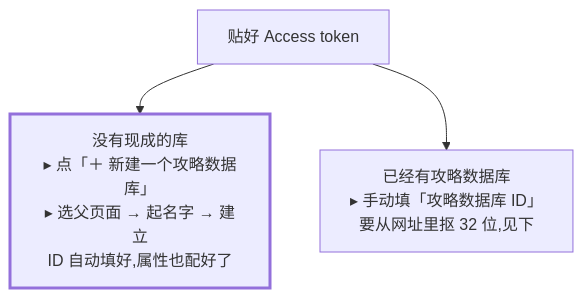
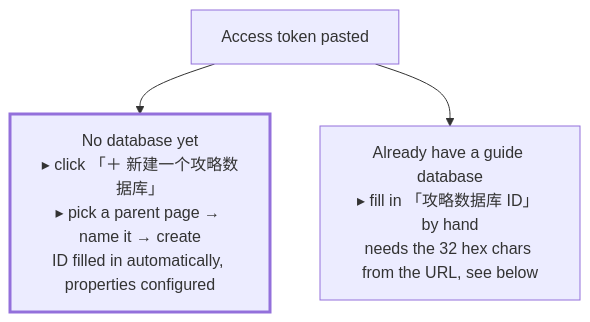
Before and after one commit to LethalKebab/steam-achievement-tracker: the second of 2 diagrams in docs/notion-setup.md, drawn with Mermaid. The commit also changed other lines of this file and 4 other files, not shown here.

````diff
--- a/docs/notion-setup.md
+++ b/docs/notion-setup.md
@@ -70,6 +68,6 @@
 ```mermaid
 flowchart TD
-    S["贴好 Access token"] --> L["没有现成的库<br/>▸ 点「＋ 新建一个攻略数据库」<br/>▸ 选父页面 → 起名字 → 建立<br/>ID 自动填好,属性也配好了"]
-    S --> R["已经有攻略数据库<br/>▸ 手动填「攻略数据库 ID」<br/>要从网址里抠 32 位,见下"]
+    S["Access token pasted"] --> L["No database yet<br/>▸ click 「＋ 新建一个攻略数据库」<br/>▸ pick a parent page → name it → create<br/>ID filled in automatically, properties configured"]
+    S --> R["Already have a guide database<br/>▸ fill in 「攻略数据库 ID」 by hand<br/>needs the 32 hex chars from the URL, see below"]
     style L stroke-width:3px
 ```
````
